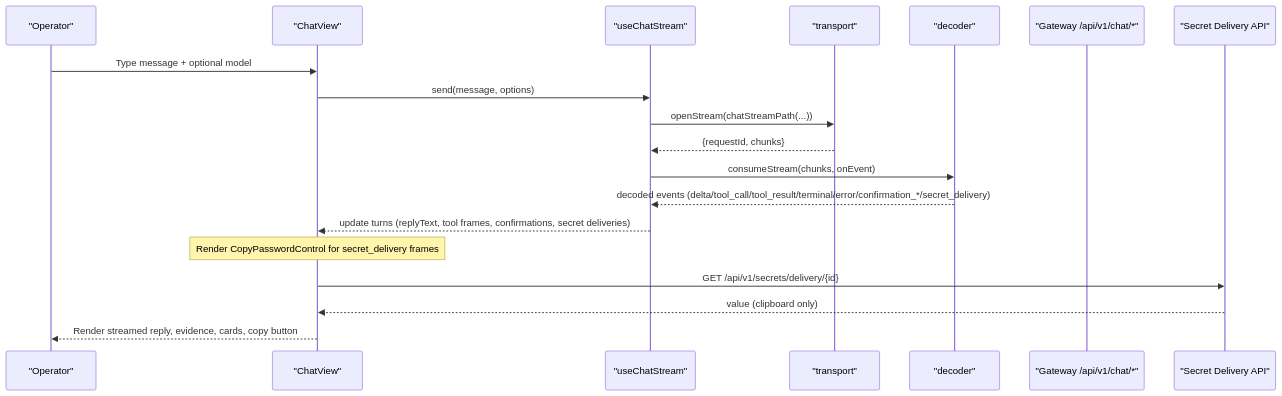
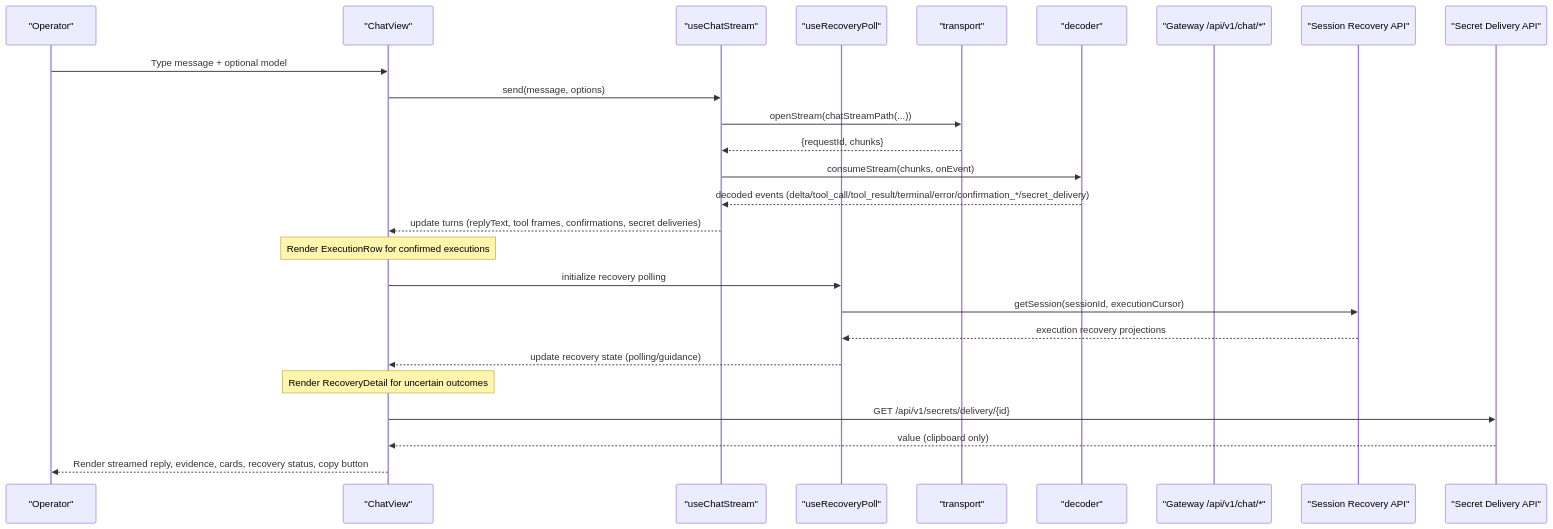
The second of 11 diagrams in .qoder/repowiki/en/content/Operator Portal/Chat Interface/Chat Interface.md (metasync/luban-aiops), drawn with Mermaid before and after one commit. The commit also changed other lines of this file and 19 other files, not shown here.

````diff
--- a/.qoder/repowiki/en/content/Operator Portal/Chat Interface/Chat Interface.md
+++ b/.qoder/repowiki/en/content/Operator Portal/Chat Interface/Chat Interface.md
@@ -147,21 +176,28 @@
 ```mermaid
 sequenceDiagram
 participant User as "Operator"
 participant View as "ChatView"
-participant Hook as "useChatStream"
+participant MsgHook as "useChatStream"
+participant RecHook as "useRecoveryPoll"
 participant Trans as "transport"
 participant Dec as "decoder"
 participant API as "Gateway /api/v1/chat/*"
+participant SR as "Session Recovery API"
 participant SecAPI as "Secret Delivery API"
 User->>View : Type message + optional model
-View->>Hook : send(message, options)
-Hook->>Trans : openStream(chatStreamPath(...))
-Trans-->>Hook : {requestId, chunks}
-Hook->>Dec : consumeStream(chunks, onEvent)
-Dec-->>Hook : decoded events (delta/tool_call/tool_result/terminal/error/confirmation_*/secret_delivery)
-Hook-->>View : update turns (replyText, tool frames, confirmations, secret deliveries)
-Note over View : Render CopyPasswordControl for secret_delivery frames
+View->>MsgHook : send(message, options)
+MsgHook->>Trans : openStream(chatStreamPath(...))
+Trans-->>MsgHook : {requestId, chunks}
+MsgHook->>Dec : consumeStream(chunks, onEvent)
+Dec-->>MsgHook : decoded events (delta/tool_call/tool_result/terminal/error/confirmation_*/secret_delivery)
+MsgHook-->>View : update turns (replyText, tool frames, confirmations, secret deliveries)
+Note over View : Render ExecutionRow for confirmed executions
+View->>RecHook : initialize recovery polling
+RecHook->>SR : getSession(sessionId, executionCursor)
+SR-->>RecHook : execution recovery projections
+RecHook-->>View : update recovery state (polling/guidance)
+Note over View : Render RecoveryDetail for uncertain outcomes
 View->>SecAPI : GET /api/v1/secrets/delivery/{id}
 SecAPI-->>View : value (clipboard only)
-View-->>User : Render streamed reply, evidence, cards, copy button
+View-->>User : Render streamed reply, evidence, cards, recovery status, copy button
 ```
````
